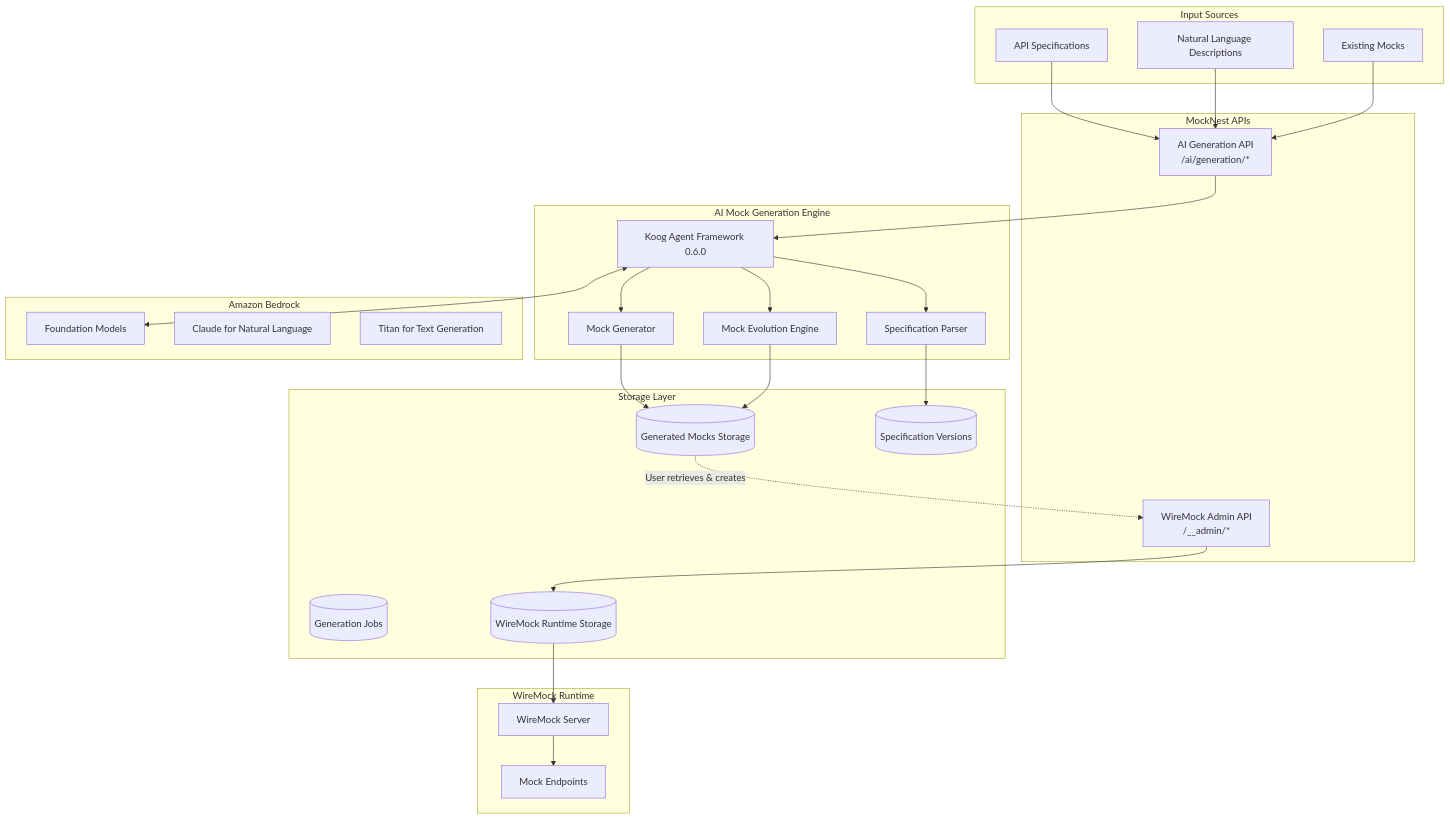
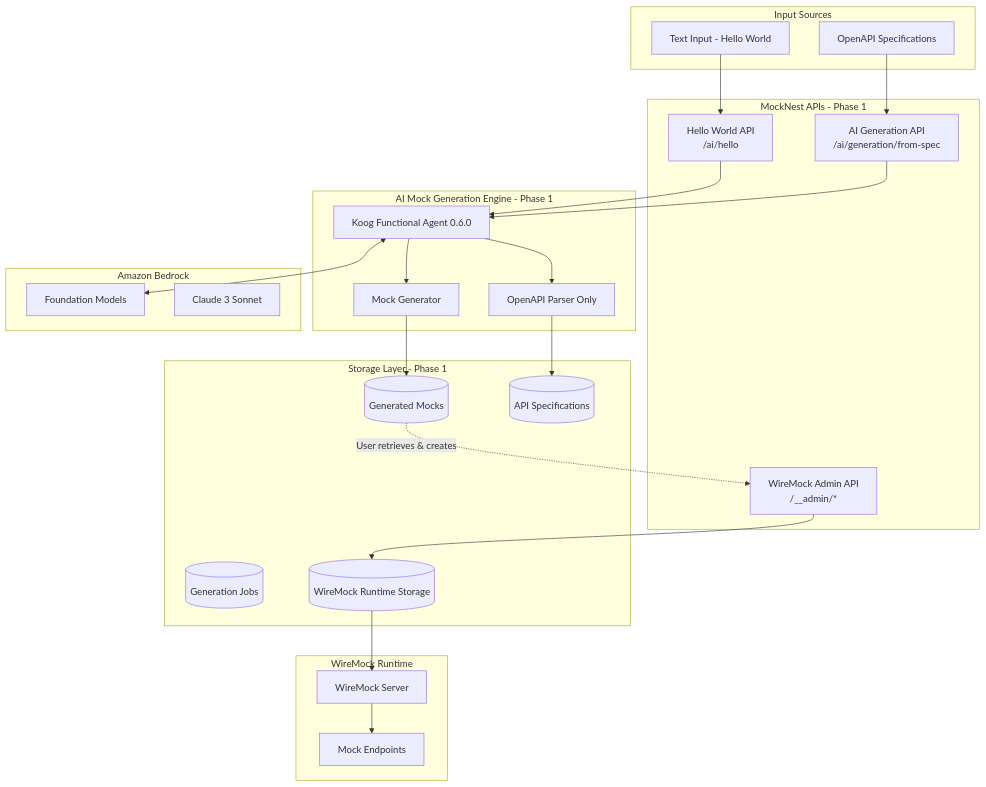
The first of 2 diagrams in .kiro/specs/ai-mock-generation/design.md (elenavanengelenmaslova/mocknest-serverless), drawn with Mermaid before and after one commit. The commit also changed other lines of this file and 4 other files, not shown here.

````diff
--- a/.kiro/specs/ai-mock-generation/design.md
+++ b/.kiro/specs/ai-mock-generation/design.md
@@ -11,57 +26,53 @@
 ```mermaid
 flowchart TB
     subgraph Input["Input Sources"]
-        SPEC[API Specifications]
-        DESC[Natural Language Descriptions]
-        EXISTING[Existing Mocks]
+        SPEC[OpenAPI Specifications]
+        TEXT[Text Input - Hello World]
     end
     
-    subgraph APIs["MockNest APIs"]
+    subgraph APIs["MockNest APIs - Phase 1"]
         ADMIN[WireMock Admin API<br/>/__admin/*]
-        AIGEN[AI Generation API<br/>/ai/generation/*]
+        HELLO[Hello World API<br/>/ai/hello]
+        AIGEN[AI Generation API<br/>/ai/generation/from-spec]
     end
     
-    subgraph AIGeneration["AI Mock Generation Engine"]
-        KOOG[Koog Agent Framework 0.6.0]
-        PARSER[Specification Parser]
+    subgraph AIGeneration["AI Mock Generation Engine - Phase 1"]
+        KOOG[Koog Functional Agent 0.6.0]
+        PARSER[OpenAPI Parser Only]
         GENERATOR[Mock Generator]
-        EVOLVER[Mock Evolution Engine]
         
         KOOG --> PARSER
         KOOG --> GENERATOR
-        KOOG --> EVOLVER
     end
     
     subgraph CloudAI["Amazon Bedrock"]
         BEDROCK[Foundation Models]
-        CLAUDE[Claude for Natural Language]
-        TITAN[Titan for Text Generation]
+        CLAUDE[Claude 3 Sonnet]
     end
     
-    subgraph Storage["Storage Layer"]
-        GENSTORE[(Generated Mocks Storage)]
-        SPECSTORE[(Specification Versions)]
+    subgraph Storage["Storage Layer - Phase 1"]
+        GENSTORE[(Generated Mocks)]
+        SPECSTORE[(API Specifications)]
         JOBSTORE[(Generation Jobs)]
         MOCKSTORE[(WireMock Runtime Storage)]
     end
     
     subgraph WireMock["WireMock Runtime"]
         RUNTIME[WireMock Server]
         ENDPOINTS[Mock Endpoints]
     end
     
+    TEXT --> HELLO
     SPEC --> AIGEN
-    DESC --> AIGEN
-    EXISTING --> AIGEN
     
+    HELLO --> KOOG
     AIGEN --> KOOG
     KOOG <--> BEDROCK
     GENERATOR --> GENSTORE
     PARSER --> SPECSTORE
-    EVOLVER --> GENSTORE
     
     GENSTORE -.->|User retrieves & creates| ADMIN
     ADMIN --> MOCKSTORE
     MOCKSTORE --> RUNTIME
     RUNTIME --> ENDPOINTS
 ```
````
